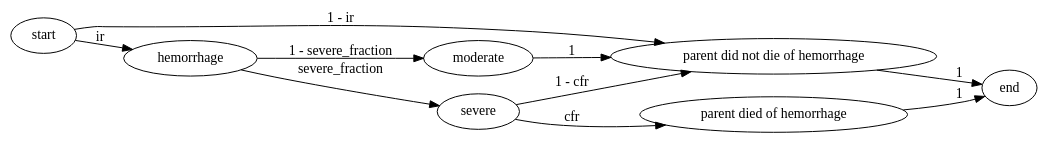
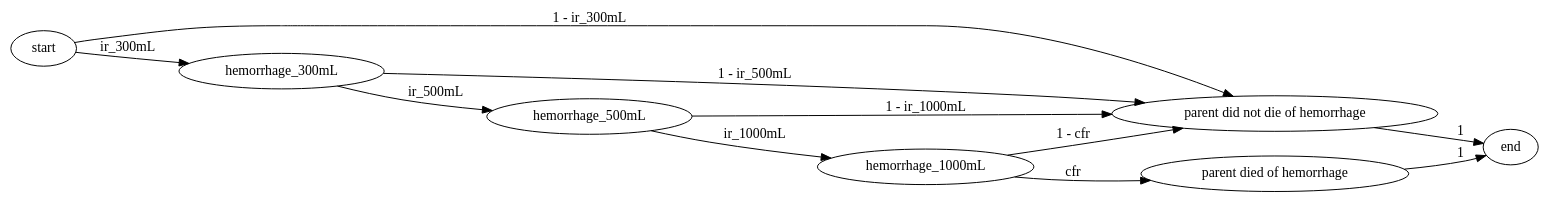
One commit to ihmeuw/vivarium_research changed the diagram in docs/source/models/causes/maternal_disorders/gbd_2021_mncnh/postpartum_hemorrhage.rst. Above: the diagram before and after it, drawn with Graphviz. The commit also changed other lines of this file and 8 other files, not shown here.

```diff
--- a/docs/source/models/causes/maternal_disorders/gbd_2021_mncnh/postpartum_hemorrhage.rst
+++ b/docs/source/models/causes/maternal_disorders/gbd_2021_mncnh/postpartum_hemorrhage.rst
@@ -161,19 +168,20 @@
 .. graphviz::
 
     digraph hemorrhage_decisions {
         rankdir = LR;
         start [label="start"]
         end [label="end"]
         alive [label="parent did not die of hemorrhage"]
         dead [label="parent died of hemorrhage"]
 
-        start -> alive  [label = "1 - ir"]
-        start -> hemorrhage [label = "ir"]
-        hemorrhage -> moderate [label = "1 - severe_fraction"]
-        hemorrhage -> severe [label = "severe_fraction"]
-        severe -> alive [label = "1 - cfr"]
-        severe -> dead [label = "cfr"]
-        moderate -> alive [label = "1"]
+        start -> alive [label = "1 - ir_300mL"]
+        start -> hemorrhage_300mL [label = "ir_300mL"]
+        hemorrhage_300mL -> alive [label = "1 - ir_500mL"]
+        hemorrhage_300mL -> hemorrhage_500mL [label = "ir_500mL"]
+        hemorrhage_500mL -> alive [label = "1 - ir_1000mL"]
+        hemorrhage_500mL -> hemorrhage_1000mL [label = "ir_1000mL"]
+        hemorrhage_1000mL -> alive [label = "1 - cfr"]
+        hemorrhage_1000mL -> dead [label = "cfr"]
         alive -> end  [label = "1"]
         dead -> end  [label = "1"]
     }
```
